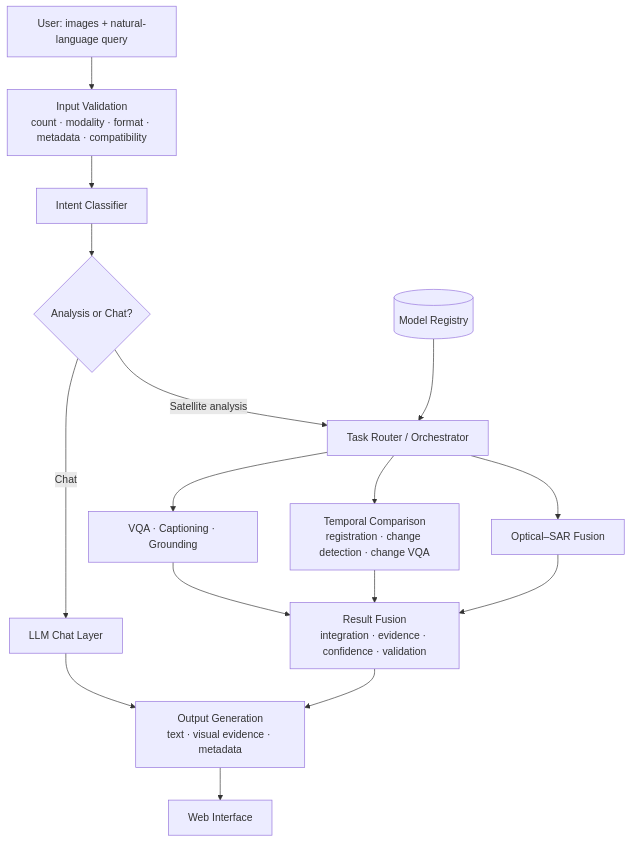
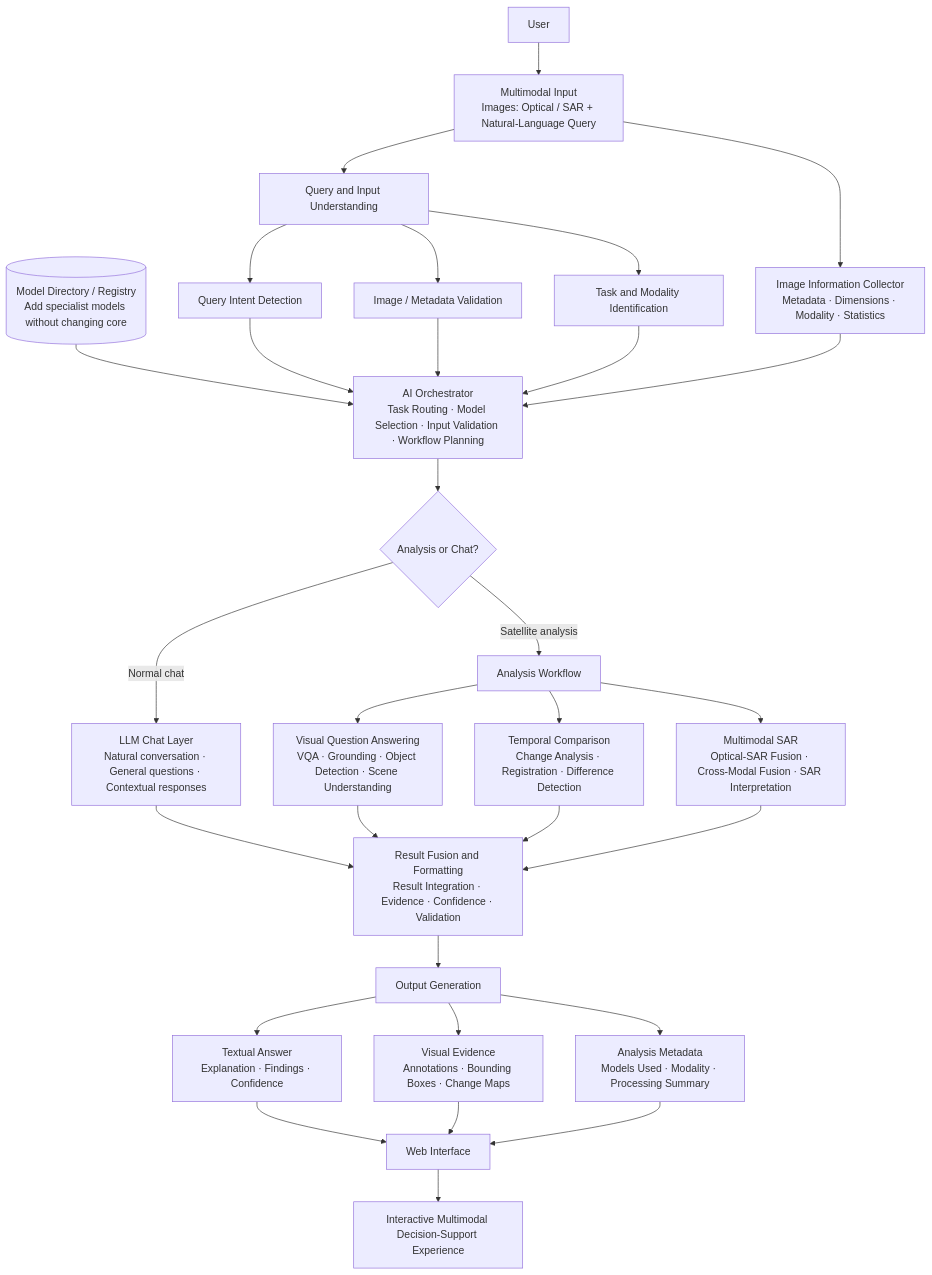
Before and after one commit to abhinavv-13/SatQuery: the diagram in README.md, drawn with Mermaid. The commit also changed other lines of this file, not shown here.

````diff
--- a/README.md
+++ b/README.md
@@ -53,18 +58,32 @@
 ```mermaid
 flowchart TD
-    A[User: images + natural-language query] --> B[Input Validation<br/>count · modality · format · metadata · compatibility]
-    B --> C[Intent Classifier]
-    C --> D{Analysis or Chat?}
-    D -- Chat --> E[LLM Chat Layer]
-    D -- Satellite analysis --> F[Task Router / Orchestrator]
-    R[(Model Registry)] --> F
-    F --> G[VQA · Captioning · Grounding]
-    F --> H[Temporal Comparison<br/>registration · change detection · change VQA]
-    F --> I[Optical–SAR Fusion]
-    G --> J[Result Fusion<br/>integration · evidence · confidence · validation]
-    H --> J
-    I --> J
-    E --> K
-    J --> K[Output Generation<br/>text · visual evidence · metadata]
-    K --> L[Web Interface]
+    U[User] --> IN[Multimodal Input<br/>Images: Optical / SAR + Natural-Language Query]
+    IN --> UND[Query and Input Understanding]
+    UND --> ID[Query Intent Detection]
+    UND --> VAL[Image / Metadata Validation]
+    UND --> TM[Task and Modality Identification]
+    IN --> COL[Image Information Collector<br/>Metadata · Dimensions · Modality · Statistics]
+    REG[(Model Directory / Registry<br/>Add specialist models without changing core)] --> ORCH
+    ID --> ORCH
+    VAL --> ORCH
+    TM --> ORCH
+    COL --> ORCH[AI Orchestrator<br/>Task Routing · Model Selection · Input Validation · Workflow Planning]
+    ORCH --> SW{Analysis or Chat?}
+    SW -- Normal chat --> CHAT[LLM Chat Layer<br/>Natural conversation · General questions · Contextual responses]
+    SW -- Satellite analysis --> WF[Analysis Workflow]
+    WF --> VQA[Visual Question Answering<br/>VQA · Grounding · Object Detection · Scene Understanding]
+    WF --> TMP[Temporal Comparison<br/>Change Analysis · Registration · Difference Detection]
+    WF --> SAR[Multimodal SAR<br/>Optical-SAR Fusion · Cross-Modal Fusion · SAR Interpretation]
+    CHAT --> FUS
+    VQA --> FUS
+    TMP --> FUS
+    SAR --> FUS[Result Fusion and Formatting<br/>Result Integration · Evidence · Confidence · Validation]
+    FUS --> OUT[Output Generation]
+    OUT --> T[Textual Answer<br/>Explanation · Findings · Confidence]
+    OUT --> V[Visual Evidence<br/>Annotations · Bounding Boxes · Change Maps]
+    OUT --> M[Analysis Metadata<br/>Models Used · Modality · Processing Summary]
+    T --> WEB[Web Interface]
+    V --> WEB
+    M --> WEB
+    WEB --> END[Interactive Multimodal Decision-Support Experience]
 ```
````
